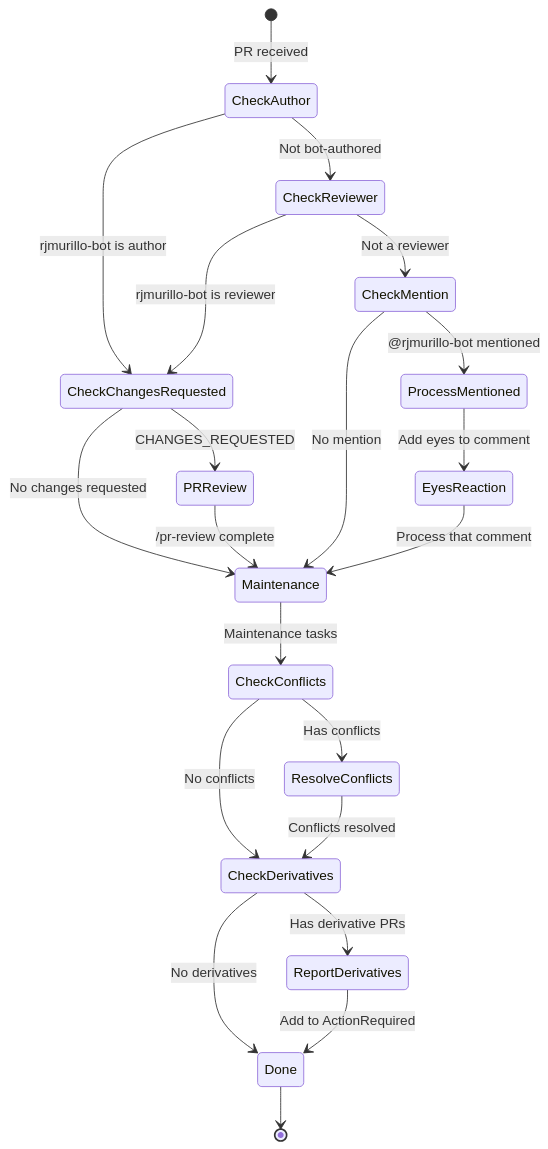
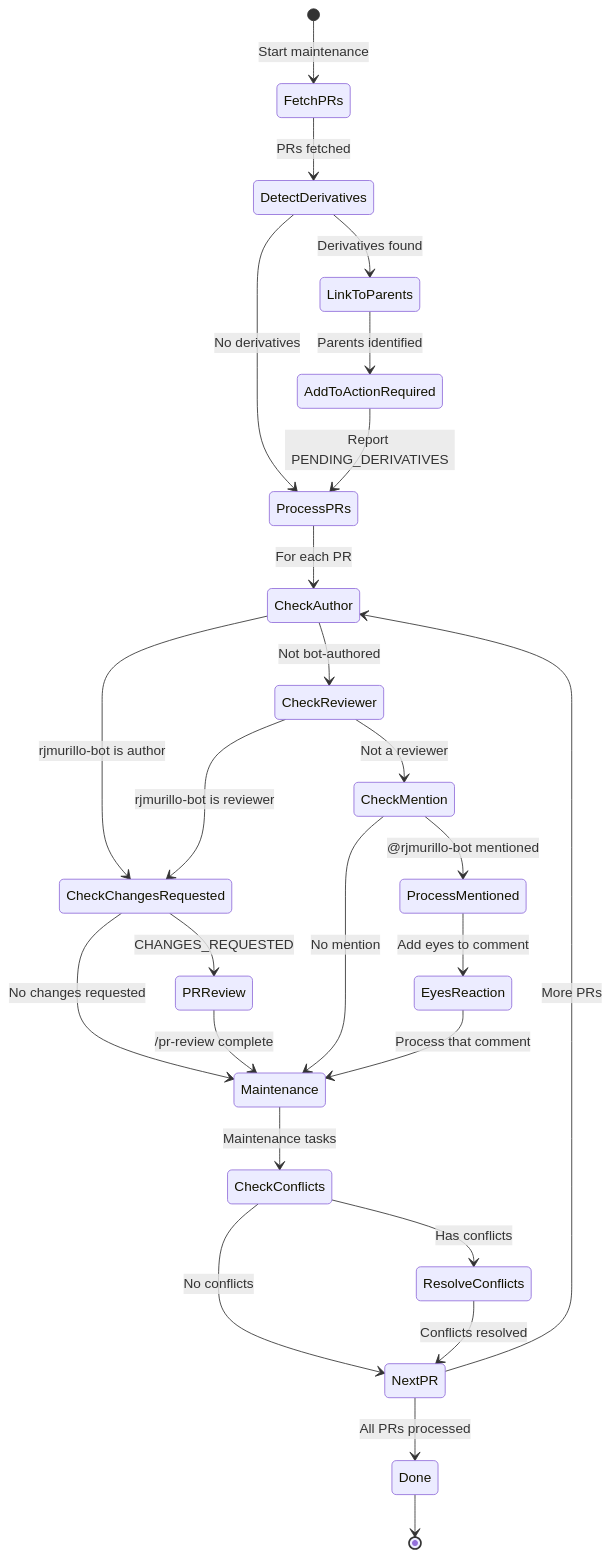
One commit to rjmurillo/ai-agents changed the second of 3 diagrams in .agents/architecture/bot-author-feedback-protocol.md. Above: the diagram before and after it, drawn with Mermaid. The commit also changed other lines of this file, not shown here.

First line of the commit message:
fix: align mermaid diagrams with derivative PR implementation

````diff
--- a/.agents/architecture/bot-author-feedback-protocol.md
+++ b/.agents/architecture/bot-author-feedback-protocol.md
@@ -250,33 +253,42 @@
 ```mermaid
 stateDiagram-v2
-    [*] --> CheckAuthor: PR received
+    [*] --> FetchPRs: Start maintenance
+
+    FetchPRs --> DetectDerivatives: PRs fetched
+
+    DetectDerivatives --> LinkToParents: Derivatives found
+    DetectDerivatives --> ProcessPRs: No derivatives
+
+    LinkToParents --> AddToActionRequired: Parents identified
+    AddToActionRequired --> ProcessPRs: Report PENDING_DERIVATIVES
+
+    ProcessPRs --> CheckAuthor: For each PR
 
     CheckAuthor --> CheckChangesRequested: rjmurillo-bot is author
     CheckAuthor --> CheckReviewer: Not bot-authored
 
     CheckChangesRequested --> PRReview: CHANGES_REQUESTED
     CheckChangesRequested --> Maintenance: No changes requested
 
     PRReview --> Maintenance: /pr-review complete
 
     CheckReviewer --> CheckChangesRequested: rjmurillo-bot is reviewer
     CheckReviewer --> CheckMention: Not a reviewer
 
     CheckMention --> ProcessMentioned: @rjmurillo-bot mentioned
     CheckMention --> Maintenance: No mention
 
     ProcessMentioned --> EyesReaction: Add eyes to comment
     EyesReaction --> Maintenance: Process that comment
 
     Maintenance --> CheckConflicts: Maintenance tasks
     CheckConflicts --> ResolveConflicts: Has conflicts
-    CheckConflicts --> CheckDerivatives: No conflicts
+    CheckConflicts --> NextPR: No conflicts
 
-    ResolveConflicts --> CheckDerivatives: Conflicts resolved
+    ResolveConflicts --> NextPR: Conflicts resolved
 
-    CheckDerivatives --> ReportDerivatives: Has derivative PRs
-    CheckDerivatives --> Done: No derivatives
+    NextPR --> CheckAuthor: More PRs
+    NextPR --> Done: All PRs processed
 
-    ReportDerivatives --> Done: Add to ActionRequired
     Done --> [*]
 ```
````
